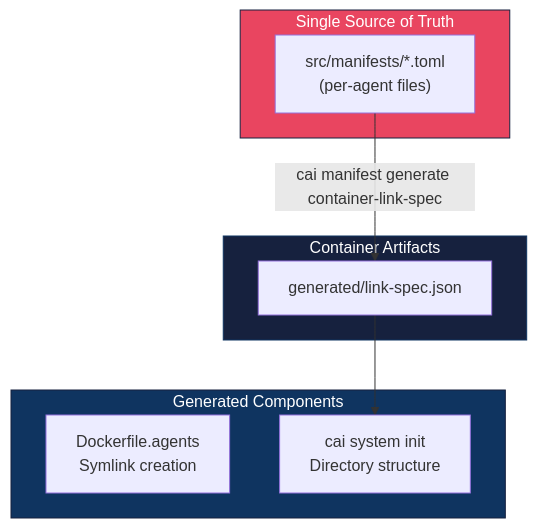
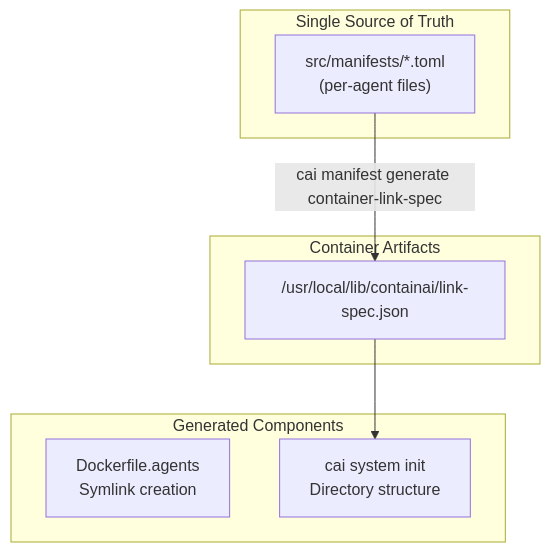
The second of 3 diagrams in docs/sync-architecture.md (novotnyllc/ContainAI), drawn with Mermaid before and after one commit. The commit also changed other lines of this file and 14 other files, not shown here.

````diff
--- a/docs/sync-architecture.md
+++ b/docs/sync-architecture.md
@@ -40,22 +36,18 @@
 ```mermaid
 flowchart TB
     subgraph Source["Single Source of Truth"]
         Manifests["src/manifests/*.toml<br/>(per-agent files)"]
     end
 
     subgraph Components["Generated Components"]
         Dockerfile["Dockerfile.agents<br/>Symlink creation"]
         Init["cai system init<br/>Directory structure"]
     end
 
     subgraph Artifacts["Container Artifacts"]
-        LinkSpec["generated/link-spec.json"]
+        LinkSpec["/usr/local/lib/containai/link-spec.json"]
     end
 
     Manifests -->|"cai manifest generate container-link-spec"| LinkSpec
     LinkSpec --> Init
-
-    style Source fill:#e94560,stroke:#16213e,color:#fff
-    style Components fill:#0f3460,stroke:#16213e,color:#fff
-    style Artifacts fill:#16213e,stroke:#0f3460,color:#fff
 ```
````
